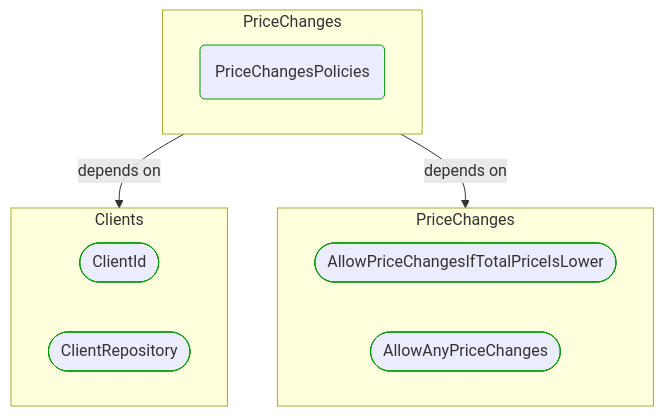
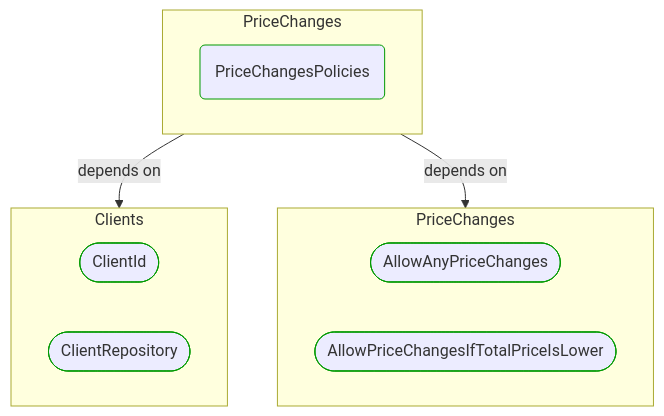
Before and after one commit to itlibrium/DDD-starter-dotnet: the first of 2 diagrams in Docs/P3/MermaidOutput/BuildingBlocks/Sales/Orders/PriceChanges/PriceChangesPolicies.md, drawn with Mermaid. The commit also changed 78 other files, not shown here.

````diff
--- a/Docs/P3/MermaidOutput/BuildingBlocks/Sales/Orders/PriceChanges/PriceChangesPolicies.md
+++ b/Docs/P3/MermaidOutput/BuildingBlocks/Sales/Orders/PriceChanges/PriceChangesPolicies.md
@@ -18,24 +18,24 @@
 ```mermaid
   flowchart TB
     subgraph 0["PriceChanges"]
       1(PriceChangesPolicies)
       class 1 DomainPerspective
     end
     subgraph 2["Clients"]
       3([ClientId])
       class 3 DomainPerspective
       4([ClientRepository])
       class 4 DomainPerspective
     end
     subgraph 5["PriceChanges"]
-      6([AllowPriceChangesIfTotalPriceIsLower])
+      6([AllowAnyPriceChanges])
       class 6 DomainPerspective
-      7([AllowAnyPriceChanges])
+      7([AllowPriceChangesIfTotalPriceIsLower])
       class 7 DomainPerspective
     end
     0-->|depends on|2
     0-->|depends on|5
     classDef DomainPerspective stroke:#009900
     classDef TechnologyPerspective stroke:#1F41EB
     classDef PeoplePerspective stroke:#FFF014
 ```
````
